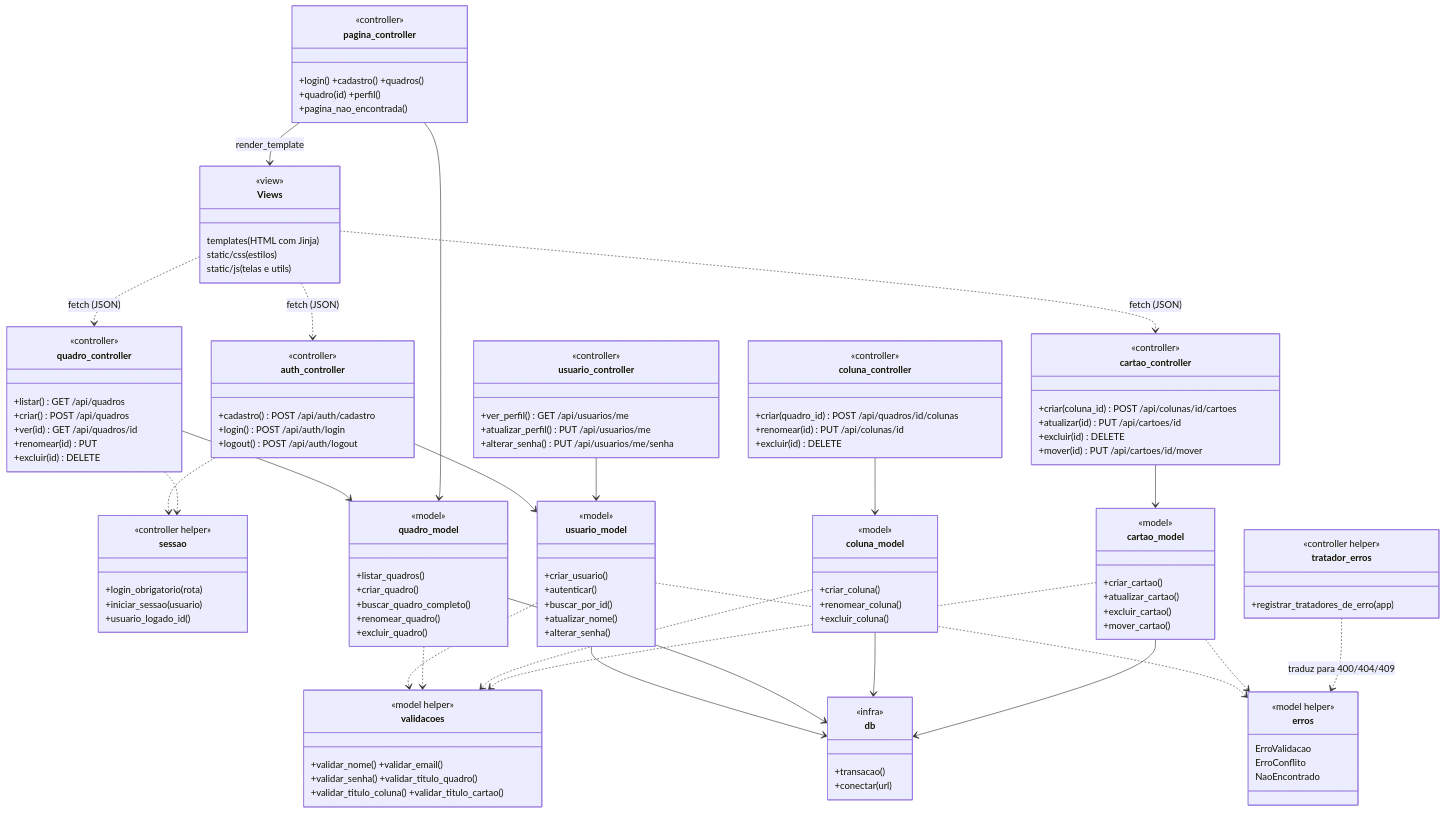
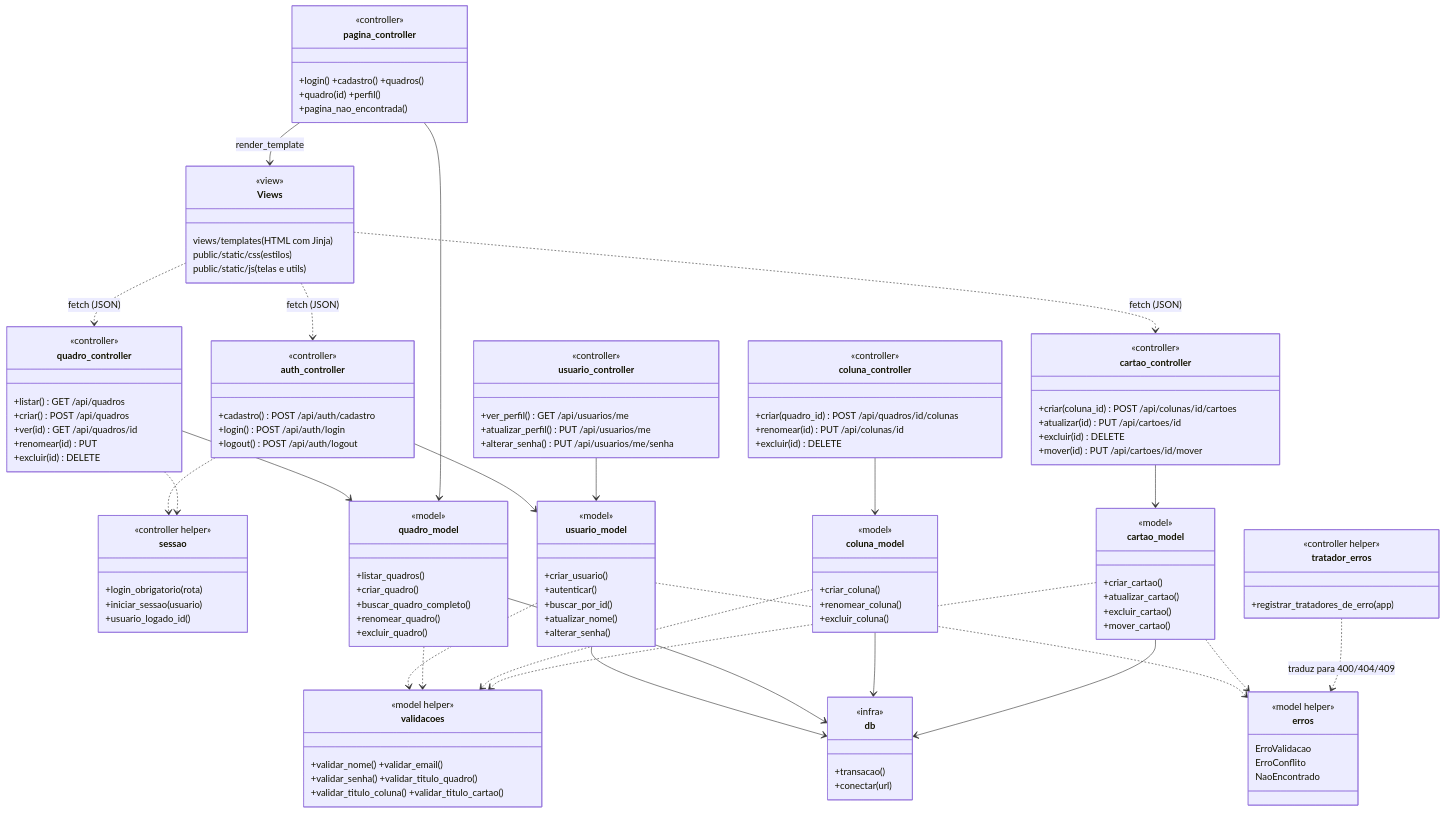
One commit to luksgit/AirPlane changed the second of 2 diagrams in docs/situacao-1/uml-classes.md. Above: the diagram before and after it, drawn with Mermaid. The commit also changed 59 other files, not shown here.

```diff
--- a/docs/situacao-1/uml-classes.md
+++ b/docs/situacao-1/uml-classes.md
@@ -180,9 +180,9 @@
     }
     class Views {
         <<view>>
-        templates (HTML com Jinja)
-        static/css (estilos)
-        static/js (telas e utils)
+        views/templates (HTML com Jinja)
+        public/static/css (estilos)
+        public/static/js (telas e utils)
     }
 
     auth_controller --> usuario_model
```
